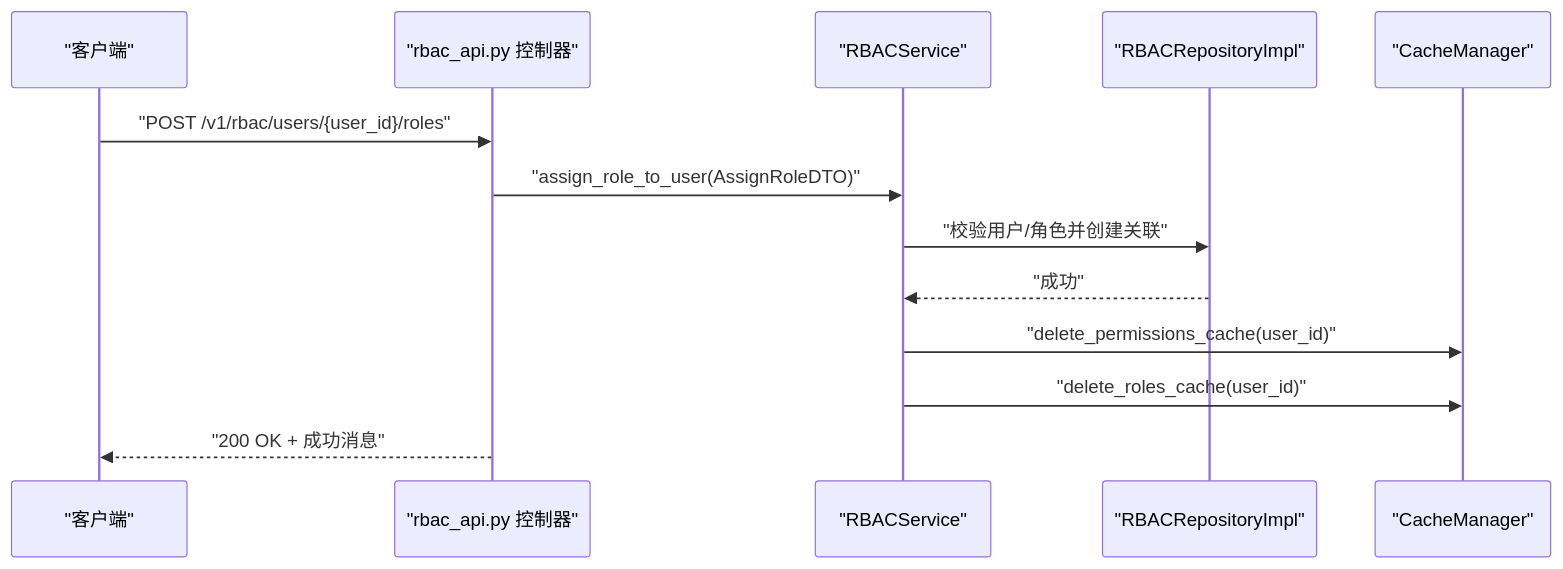
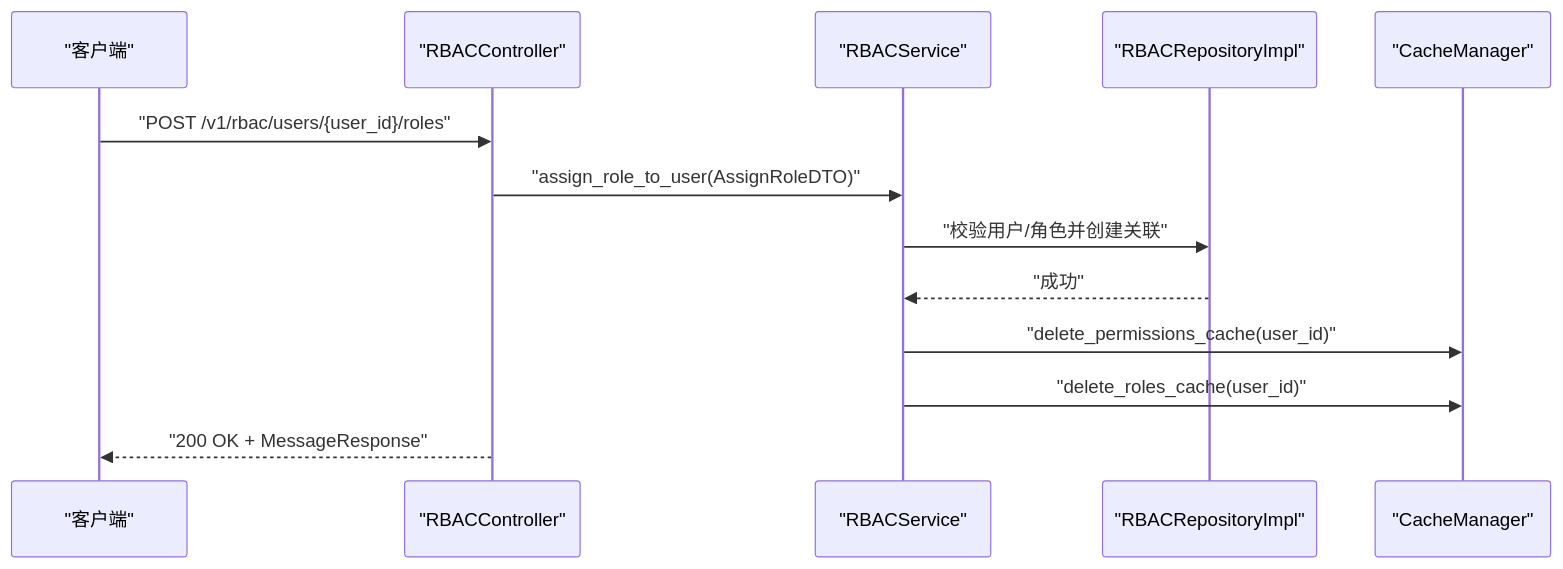
Before and after one commit to taoweidong/Hello-Django-Ninja-Api: the fifth of 8 diagrams in .qoder/repowiki/zh/content/API 接口文档/权限管理接口.md, drawn with Mermaid. The commit also changed other lines of this file and 7 other files, not shown here.

````diff
--- a/.qoder/repowiki/zh/content/API 接口文档/权限管理接口.md
+++ b/.qoder/repowiki/zh/content/API 接口文档/权限管理接口.md
@@ -242,15 +251,15 @@
 ```mermaid
 sequenceDiagram
 participant Client as "客户端"
-participant API as "rbac_api.py 控制器"
+participant Controller as "RBACController"
 participant Service as "RBACService"
 participant Repo as "RBACRepositoryImpl"
 participant Cache as "CacheManager"
-Client->>API : "POST /v1/rbac/users/{user_id}/roles"
-API->>Service : "assign_role_to_user(AssignRoleDTO)"
+Client->>Controller : "POST /v1/rbac/users/{user_id}/roles"
+Controller->>Service : "assign_role_to_user(AssignRoleDTO)"
 Service->>Repo : "校验用户/角色并创建关联"
 Repo-->>Service : "成功"
 Service->>Cache : "delete_permissions_cache(user_id)"
 Service->>Cache : "delete_roles_cache(user_id)"
-API-->>Client : "200 OK + 成功消息"
+Controller-->>Client : "200 OK + MessageResponse"
 ```
````
